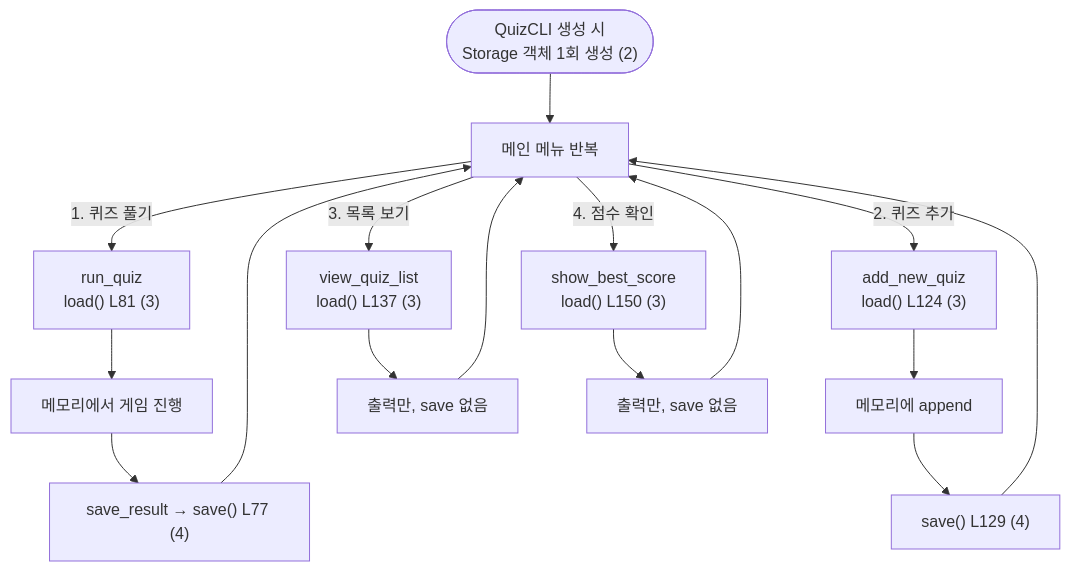
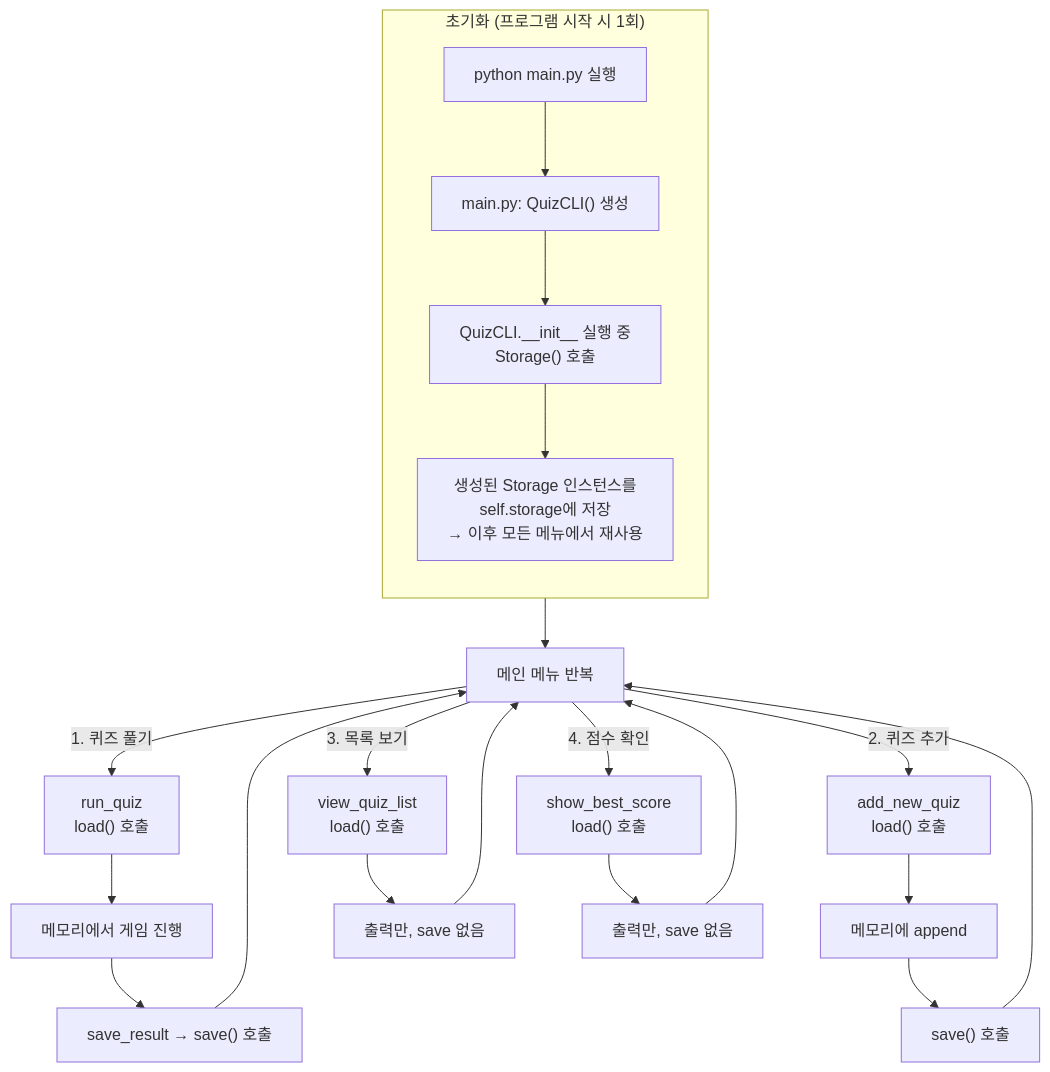
Before and after one commit to hauteville1862/e2-final: the diagram in docs/평가기준.md, drawn with Mermaid. The commit also changed other lines of this file, not shown here.

First line of the commit message:
Docs: 평가기준 2-3 초기화·load/save 흐름 재정리

````diff
--- a/docs/평가기준.md
+++ b/docs/평가기준.md
@@ -93,23 +96,30 @@
 ```mermaid
 flowchart TD
-    Init(["QuizCLI 생성 시<br/>Storage 객체 1회 생성 (2)"]) --> Menu["메인 메뉴 반복"]
+    subgraph 초기화["초기화 (프로그램 시작 시 1회)"]
+        direction TB
+        A["python main.py 실행"] --> B["main.py: QuizCLI() 생성"]
+        B --> C["QuizCLI.__init__ 실행 중<br/>Storage() 호출"]
+        C --> E["생성된 Storage 인스턴스를<br/>self.storage에 저장<br/>→ 이후 모든 메뉴에서 재사용"]
+    end
 
-    Menu -->|1. 퀴즈 풀기| RQ["run_quiz<br/>load() L81 (3)"]
-    Menu -->|2. 퀴즈 추가| AQ["add_new_quiz<br/>load() L124 (3)"]
-    Menu -->|3. 목록 보기| VL["view_quiz_list<br/>load() L137 (3)"]
-    Menu -->|4. 점수 확인| SB["show_best_score<br/>load() L150 (3)"]
+    초기화 --> Menu["메인 메뉴 반복"]
+
+    Menu -->|1. 퀴즈 풀기| RQ["run_quiz<br/>load() 호출"]
+    Menu -->|2. 퀴즈 추가| AQ["add_new_quiz<br/>load() 호출"]
+    Menu -->|3. 목록 보기| VL["view_quiz_list<br/>load() 호출"]
+    Menu -->|4. 점수 확인| SB["show_best_score<br/>load() 호출"]
 
     RQ --> RQW["메모리에서 게임 진행"]
-    RQW --> RQS["save_result → save() L77 (4)"]
+    RQW --> RQS["save_result → save() 호출"]
 
     AQ --> AQW["메모리에 append"]
-    AQW --> AQS["save() L129 (4)"]
+    AQW --> AQS["save() 호출"]
 
     VL --> VLR["출력만, save 없음"]
     SB --> SBR["출력만, save 없음"]
 
     RQS --> Menu
     AQS --> Menu
     VLR --> Menu
     SBR --> Menu
 ```
````
